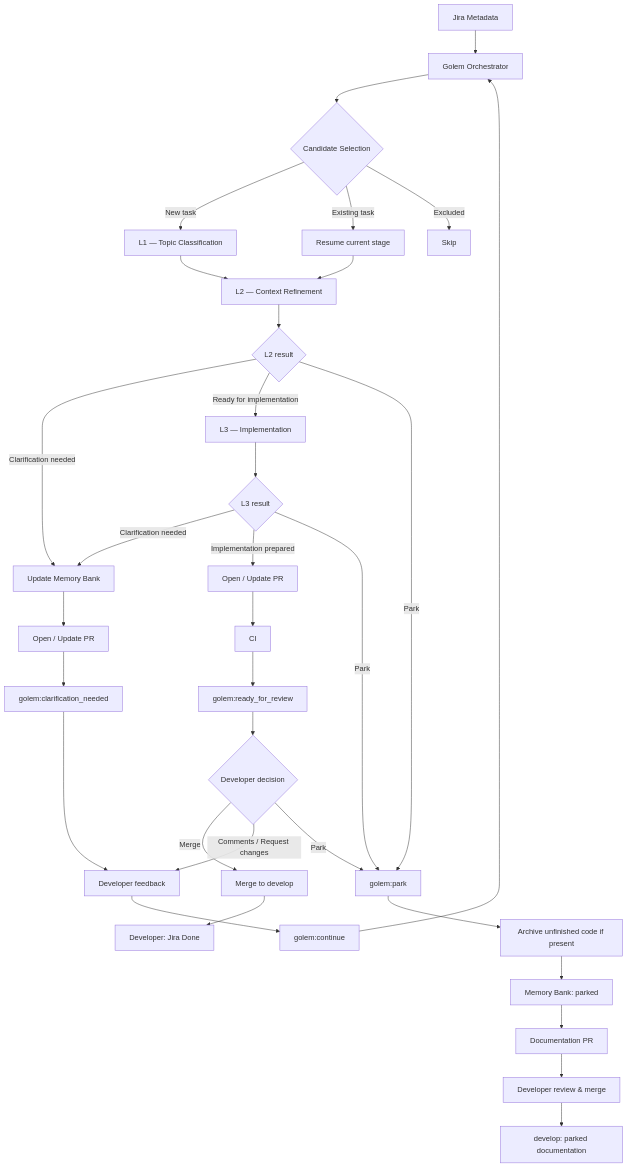
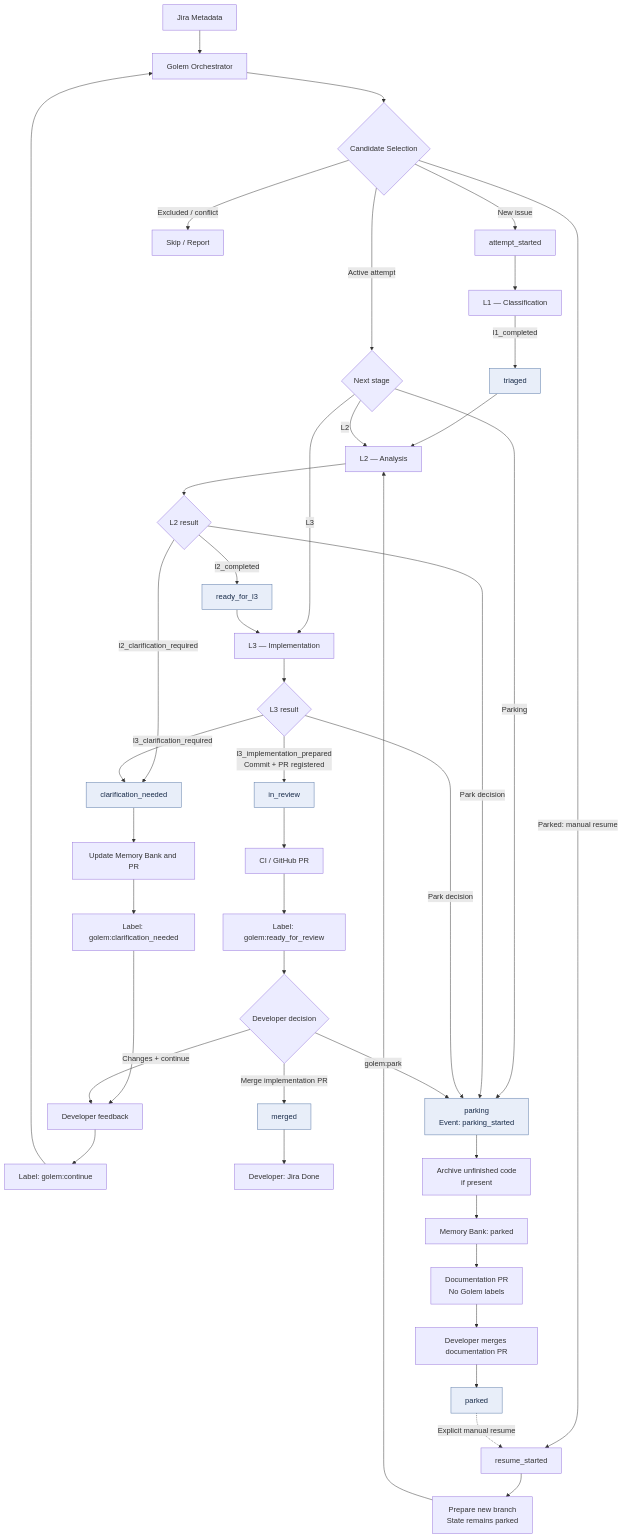
Before and after one commit to jbanaszczyk/golem: the first of 2 diagrams in README.md, drawn with Mermaid. The commit also changed other lines of this file and 3 other files, not shown here.

````diff
--- a/README.md
+++ b/README.md
@@ -59,44 +43,59 @@
 ```mermaid
 flowchart TD
-    A["Jira Metadata"] --> B["Golem Orchestrator"]
-    B --> C{"Candidate Selection"}
+    META["Jira Metadata"] --> ORCH["Golem Orchestrator"]
+    ORCH --> SELECT{"Candidate Selection"}
 
-    C -->|New task| L1["L1 — Topic Classification"]
-    C -->|Existing task| R["Resume current stage"]
-    C -->|Excluded| X["Skip"]
+    SELECT -->|New issue| START["attempt_started"]
+    SELECT -->|Active attempt| NEXT{"Next stage"}
+    SELECT -->|Excluded / conflict| SKIP["Skip / Report"]
+    SELECT -->|Parked: manual resume| RESUME["resume_started"]
 
-    L1 --> L2["L2 — Context Refinement"]
-    R --> L2
+    START --> L1["L1 — Classification"]
+    L1 -->|l1_completed| TRIAGED["triaged"]
+    TRIAGED --> L2["L2 — Analysis"]
 
-    L2 --> D{"L2 result"}
-    D -->|Clarification needed| Q["Update Memory Bank"]
-    Q --> PR1["Open / Update PR"]
-    PR1 --> CL["golem:clarification_needed"]
-    CL --> H["Developer feedback"]
-    H --> CONT["golem:continue"]
-    CONT --> B
+    NEXT -->|L2| L2
+    NEXT -->|L3| L3
+    NEXT -->|Parking| PARKING
 
-    D -->|Ready for implementation| L3["L3 — Implementation"]
-    L3 --> E{"L3 result"}
+    RESUME --> PENDING["Prepare new branch<br/>State remains parked"]
+    PENDING --> L2
 
-    E -->|Clarification needed| Q
-    E -->|Implementation prepared| PR2["Open / Update PR"]
-    PR2 --> CI["CI"]
-    CI --> REVIEW["golem:ready_for_review"]
+    L2 --> L2R{"L2 result"}
+    L2R -->|l2_completed| READY["ready_for_l3"]
+    L2R -->|l2_clarification_required| CLARIFY["clarification_needed"]
+    L2R -->|Park decision| PARKING
 
-    REVIEW --> F{"Developer decision"}
-    F -->|Merge| M["Merge to develop"]
-    M --> DONE["Developer: Jira Done"]
+    READY --> L3["L3 — Implementation"]
+    L3 --> L3R{"L3 result"}
+    L3R -->|l3_clarification_required| CLARIFY
+    L3R -->|l3_implementation_prepared<br/>Commit + PR registered| INREVIEW["in_review"]
+    L3R -->|Park decision| PARKING
 
-    F -->|Comments / Request changes| H
-    F -->|Park| PARK["golem:park"]
+    CLARIFY --> QPR["Update Memory Bank and PR"]
+    QPR --> QLABEL["Label: golem:clarification_needed"]
+    QLABEL --> FEEDBACK["Developer feedback"]
+    FEEDBACK --> CONT["Label: golem:continue"]
+    CONT --> ORCH
 
-    D -->|Park| PARK
-    E -->|Park| PARK
+    INREVIEW --> CI["CI / GitHub PR"]
+    CI --> RLABEL["Label: golem:ready_for_review"]
+    RLABEL --> DECISION{"Developer decision"}
 
-    PARK --> ARCHIVE["Archive unfinished code if present"]
+    DECISION -->|Merge implementation PR| MERGED["merged"]
+    MERGED --> DONE["Developer: Jira Done"]
+
+    DECISION -->|Changes + continue| FEEDBACK
+    DECISION -->|golem:park| PARKING
+
+    PARKING["parking<br/>Event: parking_started"] --> ARCHIVE["Archive unfinished code<br/>if present"]
     ARCHIVE --> MB["Memory Bank: parked"]
-    MB --> DPR["Documentation PR"]
-    DPR --> DM["Developer review & merge"]
-    DM --> DP["develop: parked documentation"]
+    MB --> DPR["Documentation PR<br/>No Golem labels"]
+    DPR --> DMERGE["Developer merges documentation PR"]
+    DMERGE --> PARKED["parked"]
+
+    PARKED -.->|Explicit manual resume| RESUME
+
+    classDef state fill:#e8eef9,stroke:#5575a5,color:#182b49
+    class TRIAGED,READY,CLARIFY,INREVIEW,PARKING,PARKED,MERGED state
 ```
````
